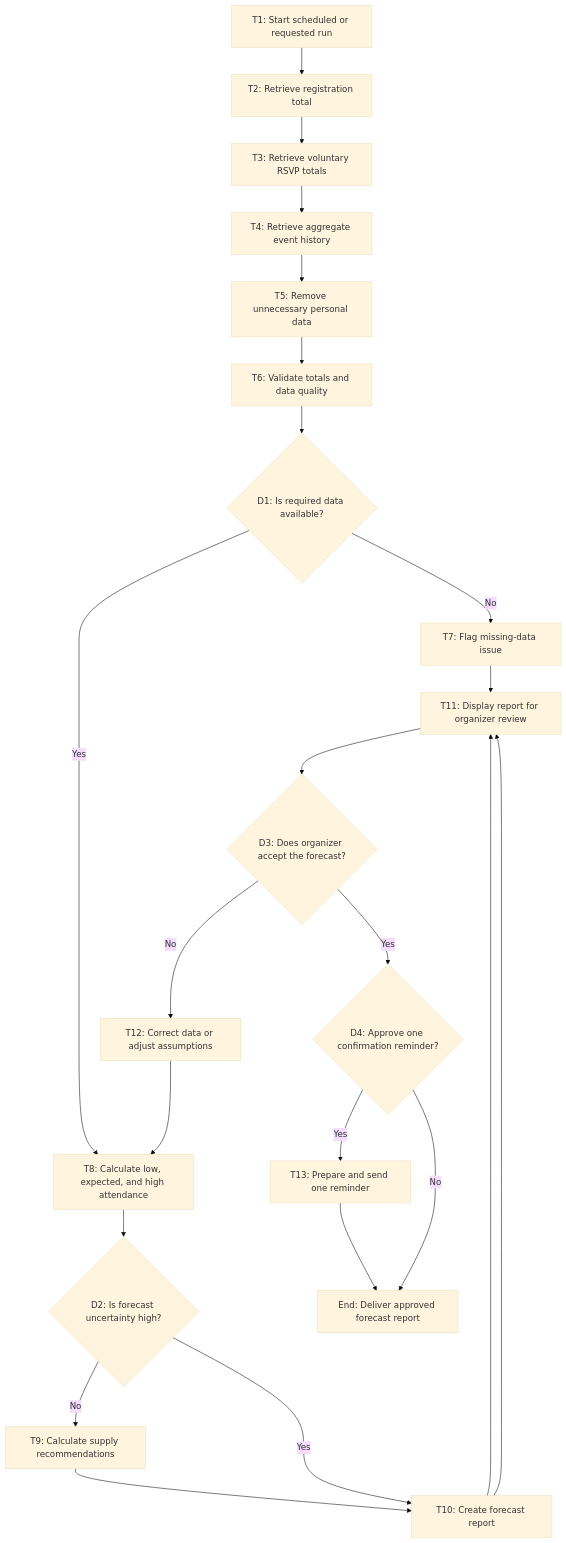
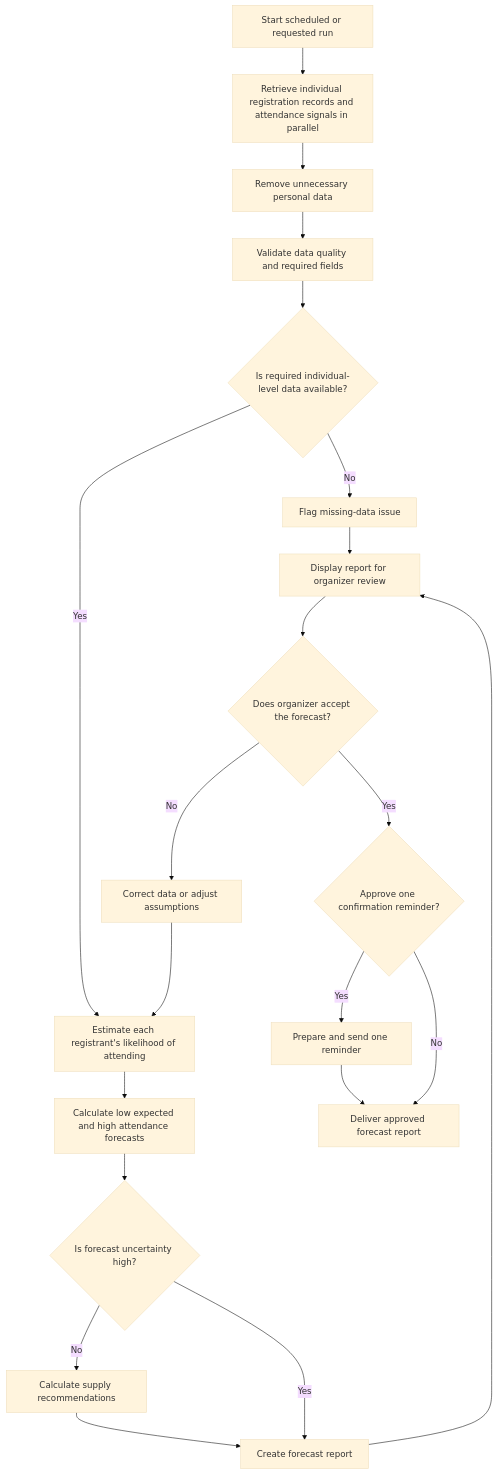
The diagram in my_first_agent/agent/workflow-of-tasks.md (bella940118-lgtm/-BUS4498_InClass_Builds), drawn with Mermaid (base theme) before and after one commit.

````diff
--- a/my_first_agent/agent/workflow-of-tasks.md
+++ b/my_first_agent/agent/workflow-of-tasks.md
@@ -28,32 +28,47 @@
 ```mermaid
 flowchart TD
-    T1["T1: Start scheduled or requested run"]
-    T2["T2: Retrieve registration total"]
-    T3["T3: Retrieve voluntary RSVP totals"]
-    T4["T4: Retrieve aggregate event history"]
-    T5["T5: Remove unnecessary personal data"]
-    T6["T6: Validate totals and data quality"]
-    D1{"D1: Is required data available?"}
-    T7["T7: Flag missing-data issue"]
-    T8["T8: Calculate low, expected, and high attendance"]
-    D2{"D2: Is forecast uncertainty high?"}
-    T9["T9: Calculate supply recommendations"]
-    T10["T10: Create forecast report"]
-    T11["T11: Display report for organizer review"]
-    D3{"D3: Does organizer accept the forecast?"}
-    T12["T12: Correct data or adjust assumptions"]
-    D4{"D4: Approve one confirmation reminder?"}
-    T13["T13: Prepare and send one reminder"]
-    E1["End: Deliver approved forecast report"]
+    T1[Start scheduled or requested run]
+    T2[Retrieve individual registration records and attendance signals in parallel]
+    T3[Remove unnecessary personal data]
+    T4[Validate data quality and required fields]
+    D1{Is required individual-level data available?}
+    T5[Flag missing-data issue]
+    T6[Estimate each registrant's likelihood of attending]
+    T7[Calculate low expected and high attendance forecasts]
+    D2{Is forecast uncertainty high?}
+    T8[Calculate supply recommendations]
+    T9[Create forecast report]
+    T10[Display report for organizer review]
+    D3{Does organizer accept the forecast?}
+    T11[Correct data or adjust assumptions]
+    D4{Approve one confirmation reminder?}
+    T12[Prepare and send one reminder]
+    E1[Deliver approved forecast report]
 
-    T1 --> T2 --> T3 --> T4 --> T5 --> T6 --> D1
-    D1 -- No --> T7 --> T11
-    D1 -- Yes --> T8 --> D2
-    D2 -- No --> T9 --> T10 --> T11
-    D2 -- Yes --> T10 --> T11
-    T11 --> D3
-    D3 -- No --> T12 --> T8
-    D3 -- Yes --> D4
-    D4 -- Yes --> T13 --> E1
-    D4 -- No --> E1
+    T1 --> T2
+    T2 --> T3
+    T3 --> T4
+    T4 --> D1
+
+    D1 -->|No| T5
+    T5 --> T10
+
+    D1 -->|Yes| T6
+    T6 --> T7
+    T7 --> D2
+
+    D2 -->|No| T8
+    T8 --> T9
+    D2 -->|Yes| T9
+
+    T9 --> T10
+    T10 --> D3
+
+    D3 -->|No| T11
+    T11 --> T6
+
+    D3 -->|Yes| D4
+    D4 -->|Yes| T12
+    T12 --> E1
+    D4 -->|No| E1
 ```
````
